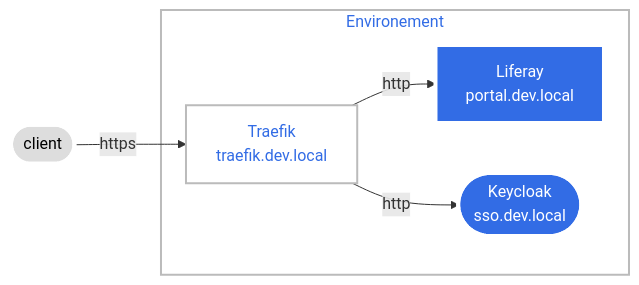
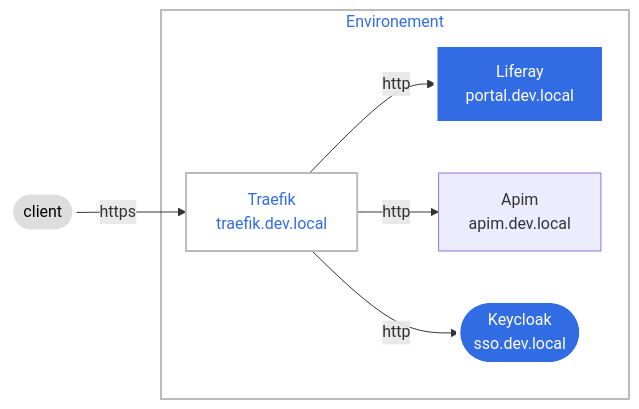
The first of 2 diagrams in poc1-reactjs-liferay-keycloak/README.markdown (ThierryTouin/liferay-oauth-test), drawn with Mermaid before and after one commit. The commit also changed other lines of this file and 27 other files, not shown here.

````diff
--- a/poc1-reactjs-liferay-keycloak/README.markdown
+++ b/poc1-reactjs-liferay-keycloak/README.markdown
@@ -5,31 +5,33 @@
 ```mermaid
 graph  LR
 
 %% Nodes
 
 RProxy[Traefik<br>traefik.dev.local]
 Portal[Liferay<br>portal.dev.local]
+Apim[Apim<br>apim.dev.local]
 C([client])
 SSO([Keycloak<br>sso.dev.local])
 
 
 %% Links	
 
 C -- https --> RProxy;
 subgraph Environement
     RProxy -- http --> SSO;
     RProxy -- http --> Portal;
+    RProxy -- http --> Apim;
 end
 
 %% Defining node styles
 
   classDef plain fill:#ddd,stroke:#fff,stroke-width:4px,color:#000;
   classDef k8s fill:#326ce5,stroke:#fff,stroke-width:4px,color:#fff;
   classDef cluster fill:#fff,stroke:#bbb,stroke-width:2px,color:#326ce5;
   
 %% Assigning styles to nodes
 
   class Portal,SSO k8s;
   class C plain;
   class RProxy cluster;
 ```
````
